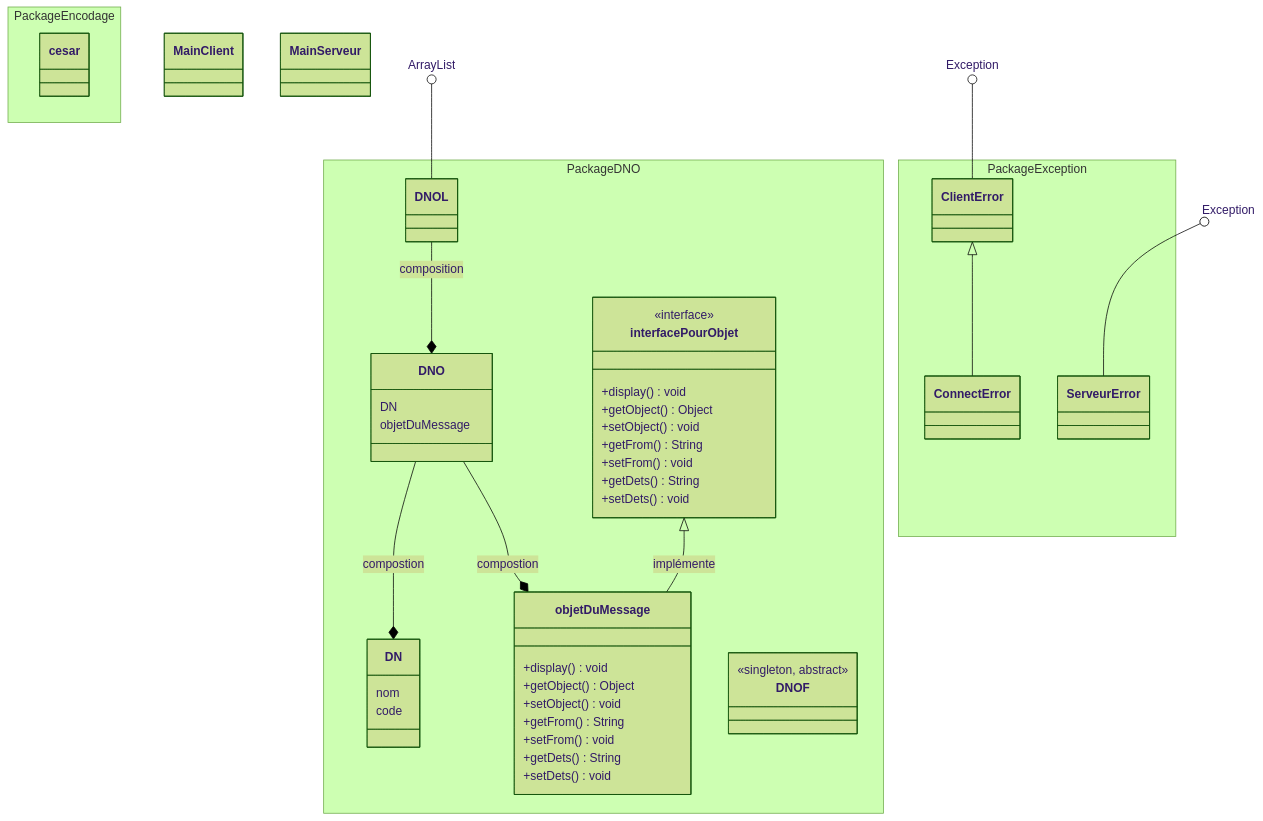
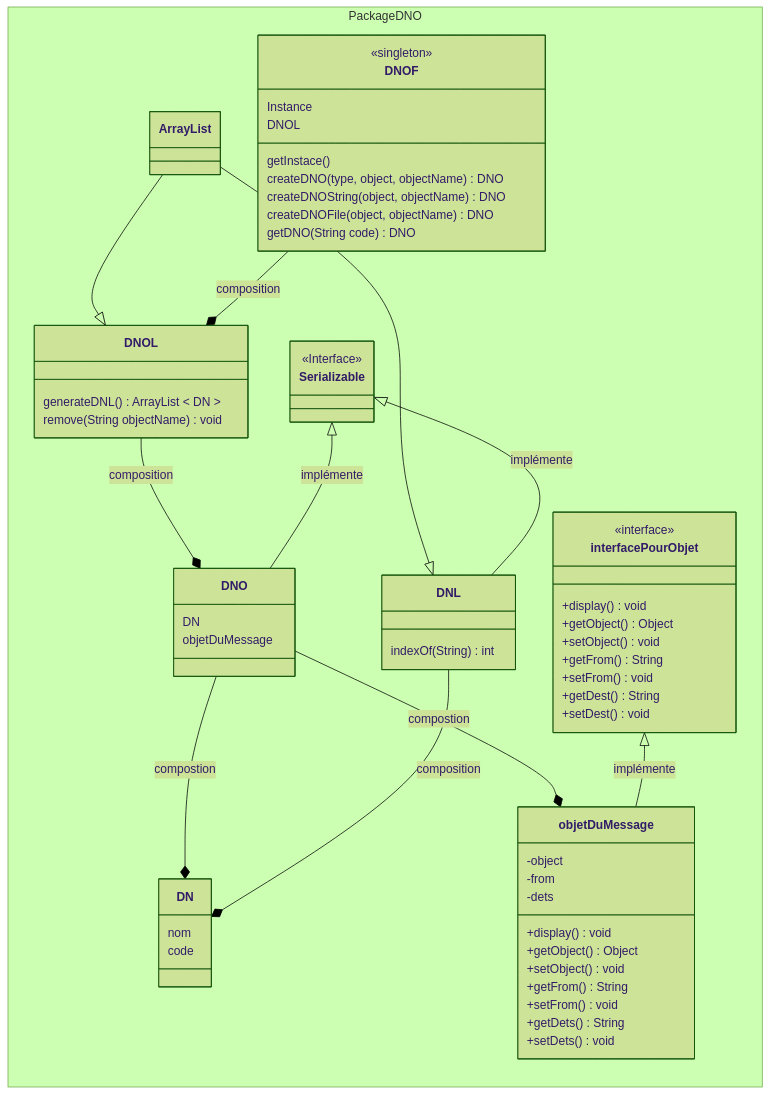
The first of 4 diagrams in L2/Java/Projet/todo.md (strakss3/cours-CERI), drawn with Mermaid (forest theme) before and after one commit. The commit also changed other lines of this file and 1 other file, not shown here.

````diff
--- a/L2/Java/Projet/todo.md
+++ b/L2/Java/Projet/todo.md
@@ -8,76 +7,82 @@
 ```mermaid
 classDiagram
+direction RL
 
 %% + Public
 %% - Private
 %%  # Protected
 %%  ~ Package/Internal
 
 DNO --* DN : compostion
 DNO --* objetDuMessage : compostion
 interfacePourObjet <|-- objetDuMessage: implémente
-ArrayList ()-- DNOL
+ArrayList --|> DNOL
+ArrayList --|> DNL
 DNOL --* DNO : composition
+DNL --* DN : composition
+Serializable <|-- DNL : implémente
+Serializable <|-- DNO : implémente
+DNOF --* DNOL : composition
 
 namespace Package DNO {
     class interfacePourObjet {
         <<interface>>
         +display() void
         +getObject() Object
         +setObject() void
         +getFrom() String
         +setFrom() void
-        +getDets() String
-        +setDets() void
+        +getDest() String
+        +setDest() void
     }
 
     class DNO {
         DN
         objetDuMessage
     }
 
     class DN {
         nom
         code
     }
 
+    class DNL {
+        indexOf(String) int 
+    }
+
     class objetDuMessage {
+        -object
+        -from
+        -dets
         +display() void
         +getObject() Object
         +setObject() void
         +getFrom() String
         +setFrom() void
         +getDets() String
         +setDets() void
     }
 
     class DNOF {
-        <<singleton, abstract>>
+        <<singleton>>
+        Instance
+        DNOL
+        getInstace()
+        createDNO(type, object, objectName) DNO
+        createDNOString(object, objectName) DNO
+        createDNOFile(object, objectName) DNO
+        getDNO(String code) DNO
     }
 
-    class DNOL
+    class DNOL {
+        generateDNL() ArrayList < DN >
+        remove(String objectName) void
+    }
+    
+    class ArrayList
+
+    class Serializable {
+        <<Interface>>
+    }
 }
-
-
-ClientError <|-- ConnectError
-Exception ()-- ClientError
-Exception ()-- ServeurError
-
-namespace Package Exception {
-    
-    class ClientError
-    class ConnectError
-    class ServeurError
-    %% Supprimer un objet que l'on a pas créé
-    %% Ajouter un fichier qui n'existe pas
-    %% 
-}
-
-namespace Package Encodage {
-    class cesar
-}
-
-class MainClient
-class MainServeur
-
 ```
````
